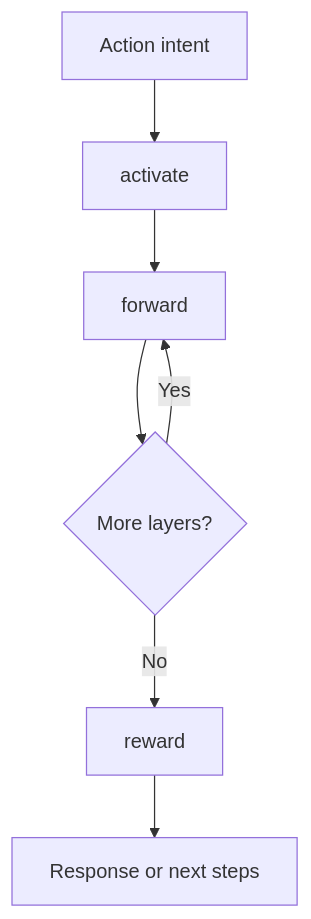
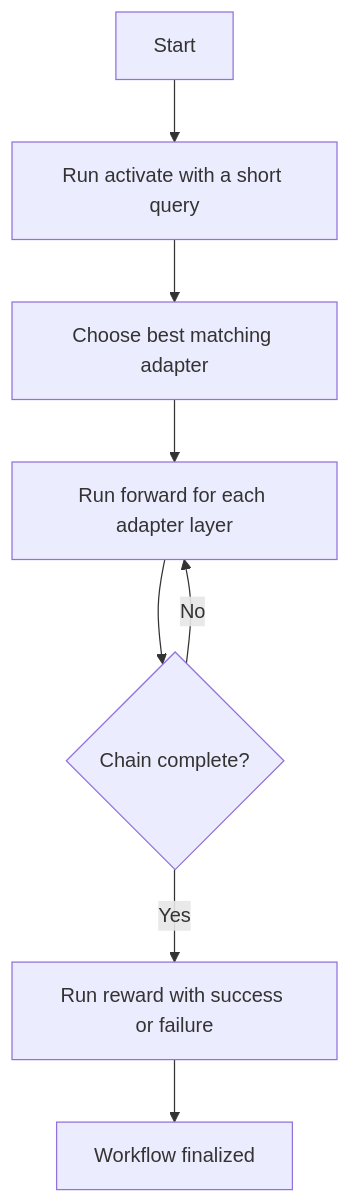
One commit to SquadRules/mcp changed the third of 3 diagrams in .qoder/repowiki/en/content/Getting Started.md. Above: the diagram before and after it, drawn with Mermaid. The commit also changed other lines of this file and 553 other files, not shown here.

````diff
--- a/.qoder/repowiki/en/content/Getting Started.md
+++ b/.qoder/repowiki/en/content/Getting Started.md
@@ -261,9 +252,10 @@
 ```mermaid
 flowchart TD
-Intent["Action intent"] --> Activate["activate"]
-Activate --> Forward["forward"]
-Forward --> NextLayer{"More layers?"}
-NextLayer --> |Yes| Forward
-NextLayer --> |No| Reward["reward"]
-Reward --> Response["Response or next steps"]
+Start["Start"] --> Activate["Run activate with a short query"]
+Activate --> Choose["Choose best matching adapter"]
+Choose --> Forward["Run forward for each adapter layer"]
+Forward --> Complete{"Chain complete?"}
+Complete --> |No| Forward
+Complete --> |Yes| Reward["Run reward with success or failure"]
+Reward --> End["Workflow finalized"]
 ```
````
